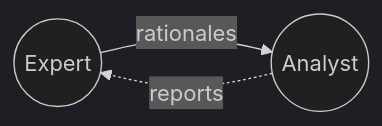
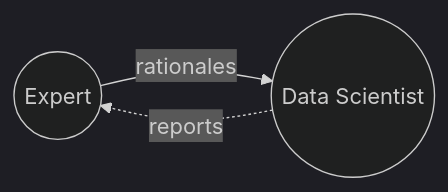
The third of 3 diagrams in tune-chatgpt/README.md (borisdev/research), drawn with Mermaid (dark theme) before and after one commit. The commit also changed other lines of this file, not shown here.

Commit message:
experiment new flow chart

````diff
--- a/tune-chatgpt/README.md
+++ b/tune-chatgpt/README.md
@@ -89,5 +92,5 @@
 ```mermaid
 flowchart LR
-    E((Expert))-- rationales -->A((Analyst))
-    A((Analyst))-. reports .->E((Expert))
+    E((Expert))-- rationales -->A((Data Scientist))
+    A((Data Scientist))-. reports .->E((Expert))
 ```
````
